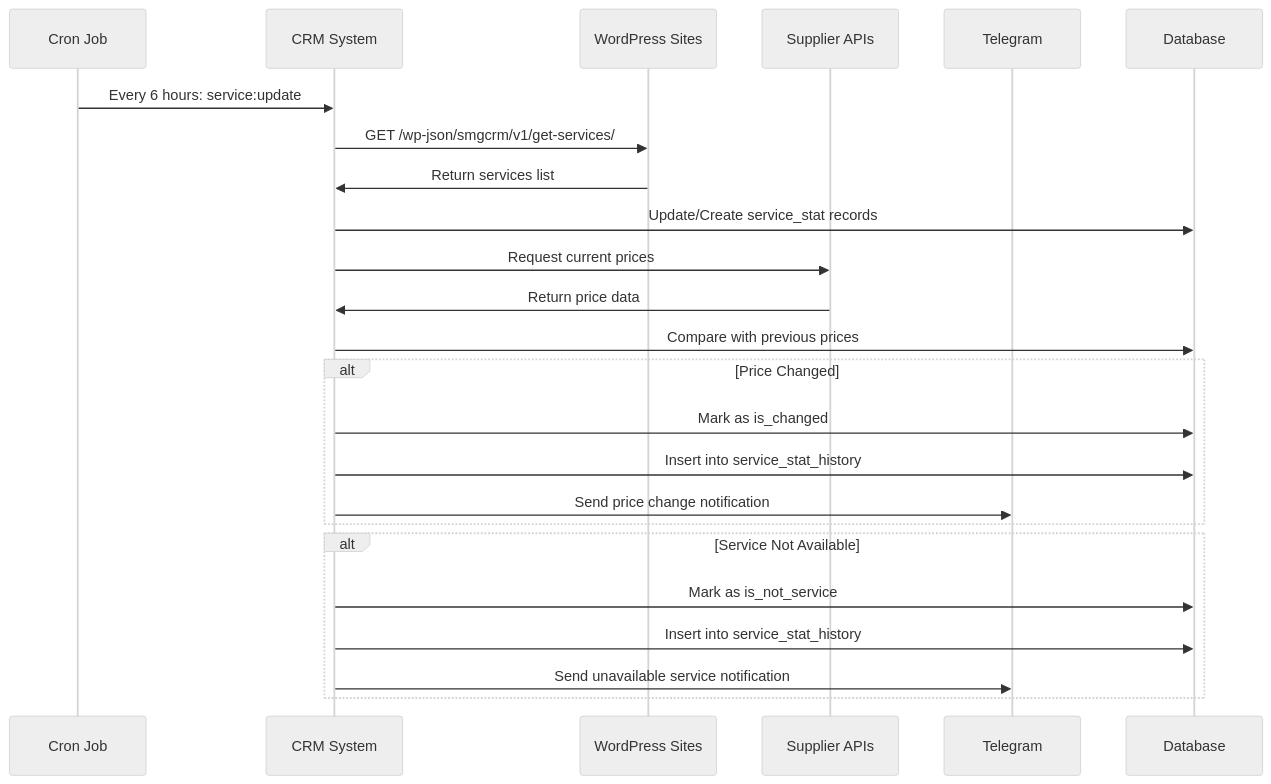
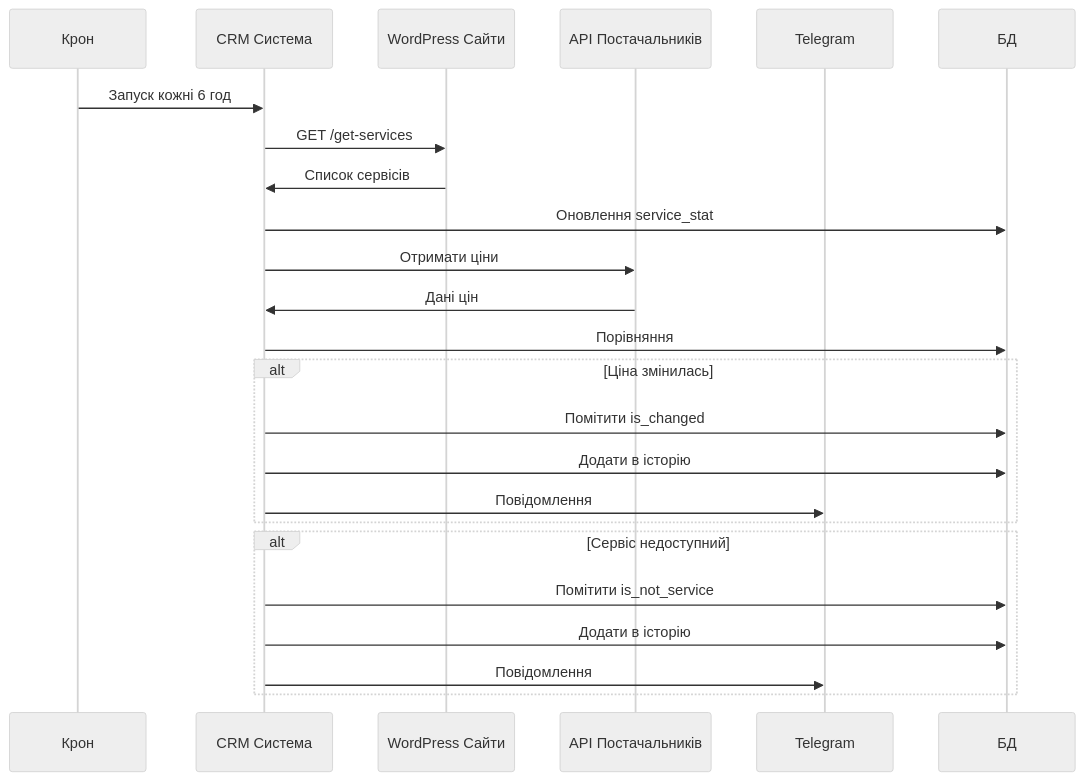
One commit to Nessq/smmlove changed the ninth of 9 diagrams in README.md. Above: the diagram before and after it, drawn with Mermaid (neutral theme). The commit also changed other lines of this file, not shown here.

````diff
--- a/README.md
+++ b/README.md
@@ -547,31 +547,31 @@
 ```mermaid
 sequenceDiagram
-    participant Cron as Cron Job
-    participant CRM as CRM System
-    participant WP as WordPress Sites
-    participant API as Supplier APIs
+    participant Cron as Крон
+    participant CRM as CRM Система
+    participant WP as WordPress Сайти
+    participant API as API Постачальників
     participant TG as Telegram
-    participant DB as Database
-    
-    Cron->>CRM: Every 6 hours: service:update
-    CRM->>WP: GET /wp-json/smgcrm/v1/get-services/
-    WP->>CRM: Return services list
-    
-    CRM->>DB: Update/Create service_stat records
-    CRM->>API: Request current prices
-    API->>CRM: Return price data
-    
-    CRM->>DB: Compare with previous prices
-    
-    alt Price Changed
-        CRM->>DB: Mark as is_changed
-        CRM->>DB: Insert into service_stat_history
-        CRM->>TG: Send price change notification
+    participant DB as БД
+
+    Cron->>CRM: Запуск кожні 6 год
+    CRM->>WP: GET /get-services
+    WP->>CRM: Список сервісів
+
+    CRM->>DB: Оновлення service_stat
+    CRM->>API: Отримати ціни
+    API->>CRM: Дані цін
+
+    CRM->>DB: Порівняння
+
+    alt Ціна змінилась
+        CRM->>DB: Помітити is_changed
+        CRM->>DB: Додати в історію
+        CRM->>TG: Повідомлення
     end
-    
-    alt Service Not Available
-        CRM->>DB: Mark as is_not_service
-        CRM->>DB: Insert into service_stat_history
-        CRM->>TG: Send unavailable service notification
+
+    alt Сервіс недоступний
+        CRM->>DB: Помітити is_not_service
+        CRM->>DB: Додати в історію
+        CRM->>TG: Повідомлення
     end
 ```
````
